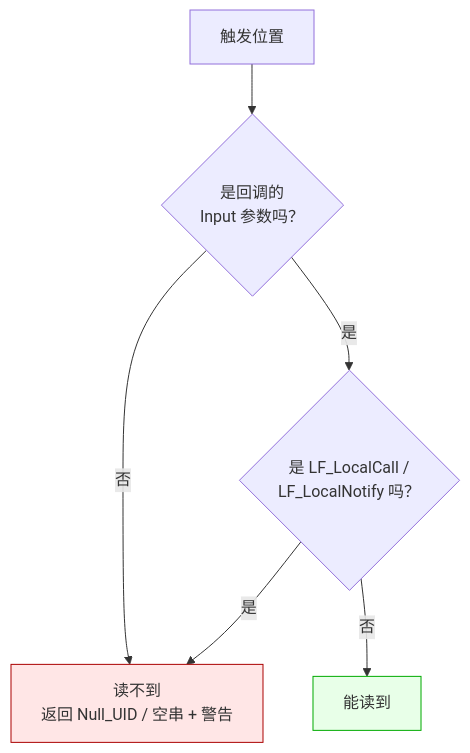
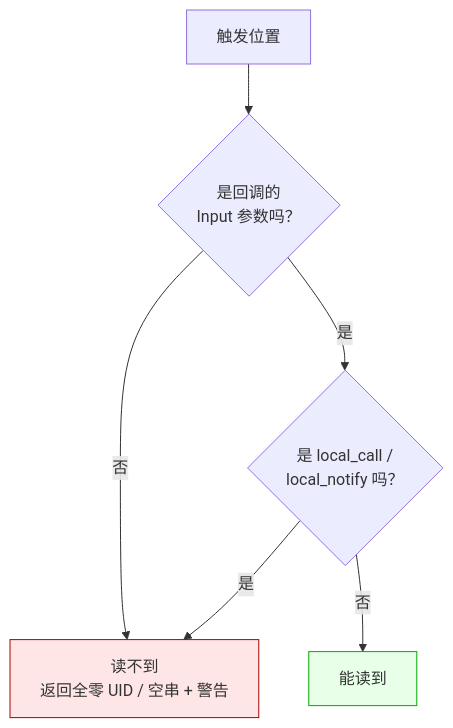
One commit to PassByYou888/LingoFuse changed the third of 3 diagrams in doc/LF_P2P_Identity.md. Above: the diagram before and after it, drawn with Mermaid. The commit also changed other lines of this file, not shown here.

````diff
--- a/doc/LF_P2P_Identity.md
+++ b/doc/LF_P2P_Identity.md
@@ -93,11 +128,11 @@
 ```mermaid
 flowchart TD
     A["触发位置"] --> B{"是回调的<br/>Input 参数吗？"}
-    B -- 否 --> Z["读不到<br/>返回 Null_UID / 空串 + 警告"]
-    B -- 是 --> C{"是 LF_LocalCall /<br/>LF_LocalNotify 吗？"}
+    B -- 否 --> Z["读不到<br/>返回全零 UID / 空串 + 警告"]
+    B -- 是 --> C{"是 local_call /<br/>local_notify 吗？"}
     C -- 是 --> Z
     C -- 否 --> D["能读到"]
 
     style Z fill:#ffe6e6,stroke:#a00
     style D fill:#e8ffe8,stroke:#0a0
 ```
````
